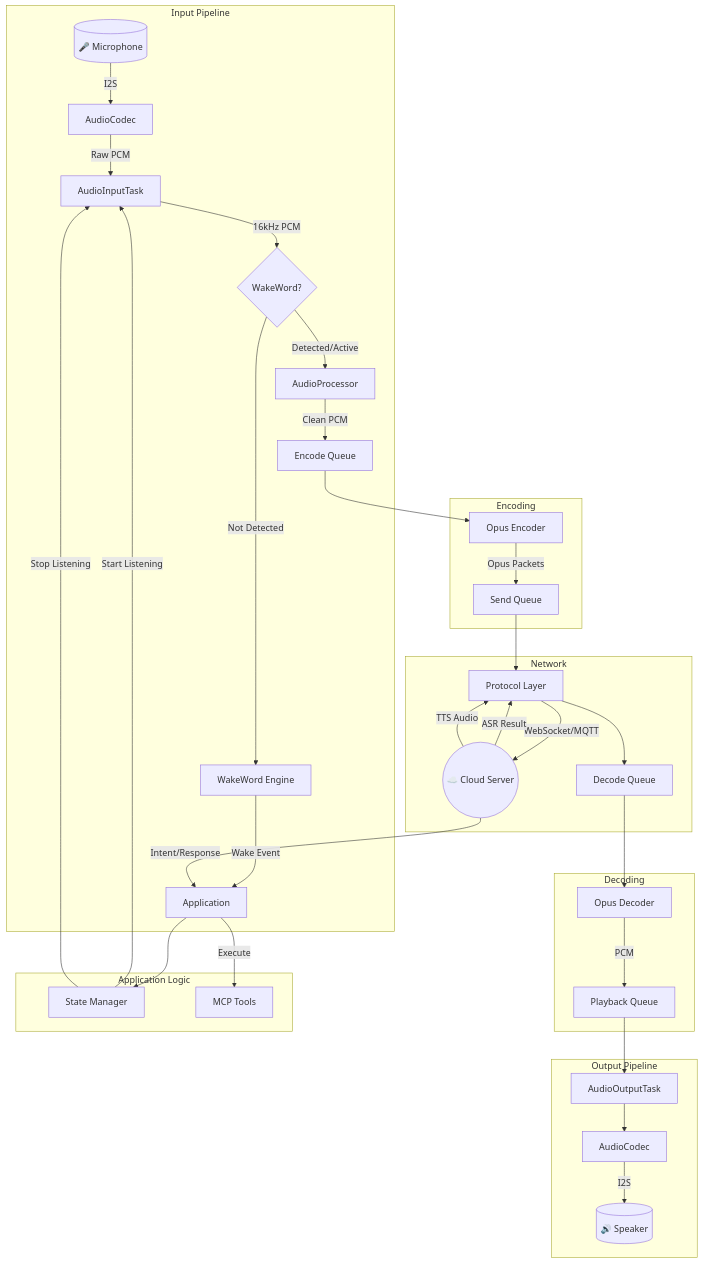
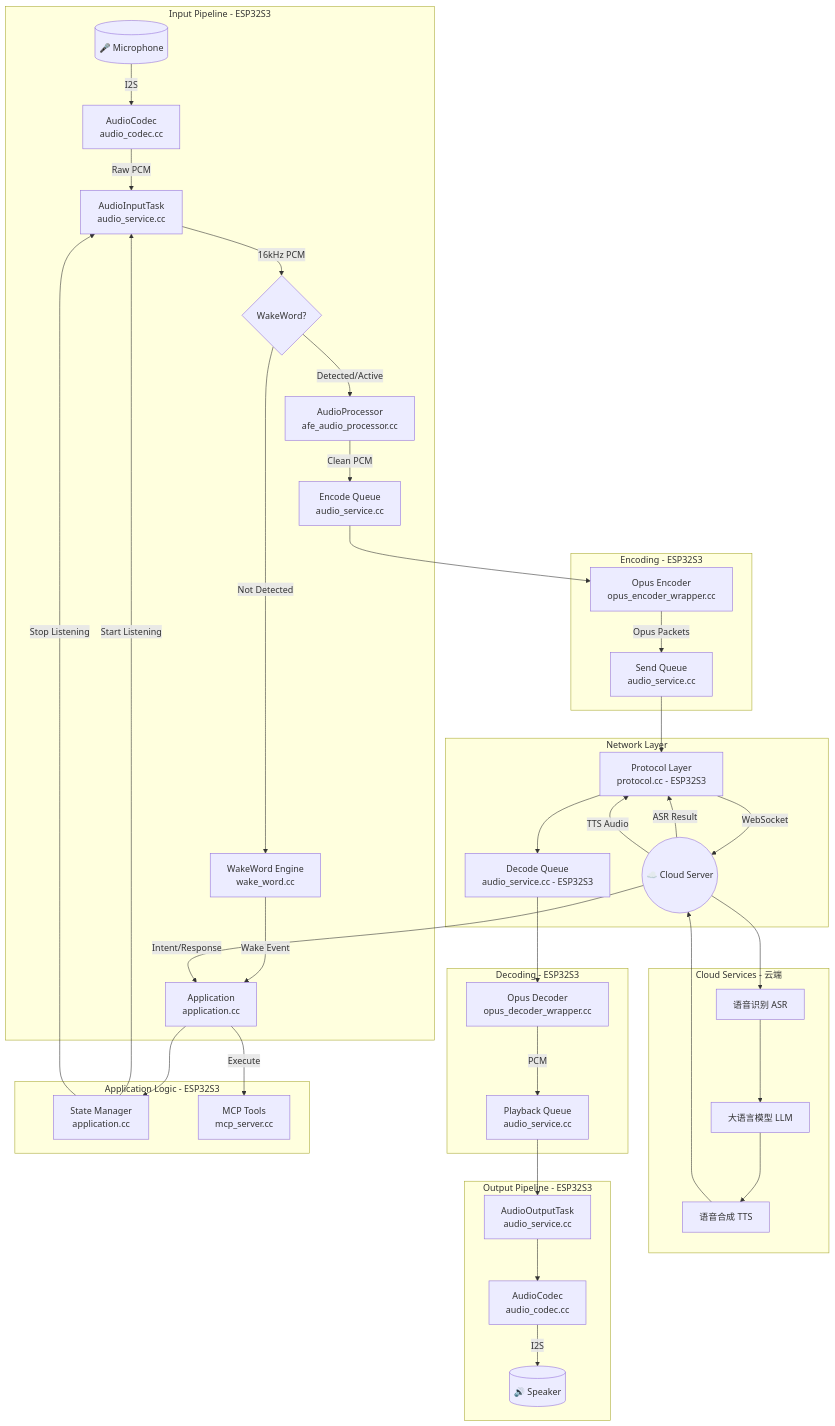
One commit to jihengzhang/xiaozhi-esp32 changed the third of 4 diagrams in main/main_readme.md. Above: the diagram before and after it, drawn with Mermaid. The commit also changed other lines of this file, not shown here.

Commit message:
add more detail about mqtt websoket

````diff
--- a/main/main_readme.md
+++ b/main/main_readme.md
@@ -134,46 +134,53 @@
 ```mermaid
 graph TD
-    subgraph Input Pipeline
-        Mic[("🎤 Microphone")] -->|I2S| Codec1[AudioCodec]
-        Codec1 -->|Raw PCM| InputTask[AudioInputTask]
+    subgraph Input Pipeline [Input Pipeline - ESP32S3]
+        Mic[("🎤 Microphone")] -->|I2S| Codec1[AudioCodec<br/>audio_codec.cc]
+        Codec1 -->|Raw PCM| InputTask[AudioInputTask<br/>audio_service.cc]
         InputTask -->|16kHz PCM| WW{WakeWord?}
         
-        WW -->|Not Detected| WakeEngine[WakeWord Engine]
-        WakeEngine -->|Wake Event| App1[Application]
+        WW -->|Not Detected| WakeEngine[WakeWord Engine<br/>wake_word.cc]
+        WakeEngine -->|Wake Event| App1[Application<br/>application.cc]
         
-        WW -->|Detected/Active| Processor[AudioProcessor]
-        Processor -->|Clean PCM| EncQueue[Encode Queue]
+        WW -->|Detected/Active| Processor[AudioProcessor<br/>afe_audio_processor.cc]
+        Processor -->|Clean PCM| EncQueue[Encode Queue<br/>audio_service.cc]
     end
 
-    subgraph Encoding
-        EncQueue --> OpusEnc[Opus Encoder]
-        OpusEnc -->|Opus Packets| SendQueue[Send Queue]
+    subgraph Encoding [Encoding - ESP32S3]
+        EncQueue --> OpusEnc[Opus Encoder<br/>opus_encoder_wrapper.cc]
+        OpusEnc -->|Opus Packets| SendQueue[Send Queue<br/>audio_service.cc]
     end
 
-    subgraph Network
-        SendQueue --> Protocol[Protocol Layer]
-        Protocol -->|WebSocket/MQTT| Cloud((☁️ Cloud Server))
+    subgraph Network [Network Layer]
+        SendQueue --> Protocol[Protocol Layer<br/>protocol.cc - ESP32S3]
+        Protocol -->|WebSocket| Cloud((☁️ Cloud Server))
         Cloud -->|ASR Result| Protocol
         Cloud -->|TTS Audio| Protocol
-        Protocol --> DecQueue[Decode Queue]
+        Protocol --> DecQueue[Decode Queue<br/>audio_service.cc - ESP32S3]
     end
 
-    subgraph Decoding
-        DecQueue --> OpusDec[Opus Decoder]
-        OpusDec -->|PCM| PlayQueue[Playback Queue]
+    subgraph CloudServices [Cloud Services - 云端]
+        Cloud --> ASR[语音识别 ASR]
+        ASR --> LLM[大语言模型 LLM]
+        LLM --> TTS[语音合成 TTS]
+        TTS --> Cloud
     end
 
-    subgraph Output Pipeline
-        PlayQueue --> OutputTask[AudioOutputTask]
-        OutputTask --> Codec2[AudioCodec]
+    subgraph Decoding [Decoding - ESP32S3]
+        DecQueue --> OpusDec[Opus Decoder<br/>opus_decoder_wrapper.cc]
+        OpusDec -->|PCM| PlayQueue[Playback Queue<br/>audio_service.cc]
+    end
+
+    subgraph Output Pipeline [Output Pipeline - ESP32S3]
+        PlayQueue --> OutputTask[AudioOutputTask<br/>audio_service.cc]
+        OutputTask --> Codec2[AudioCodec<br/>audio_codec.cc]
         Codec2 -->|I2S| Speaker[("🔊 Speaker")]
     end
 
-    subgraph Application Logic
-        App1[Application] --> StateManager[State Manager]
+    subgraph Application Logic [Application Logic - ESP32S3]
+        App1[Application<br/>application.cc] --> StateManager[State Manager<br/>application.cc]
         StateManager -->|Start Listening| InputTask
         StateManager -->|Stop Listening| InputTask
         Cloud -->|Intent/Response| App1
-        App1 -->|Execute| MCP[MCP Tools]
+        App1 -->|Execute| MCP[MCP Tools<br/>mcp_server.cc]
     end
 ```
````
